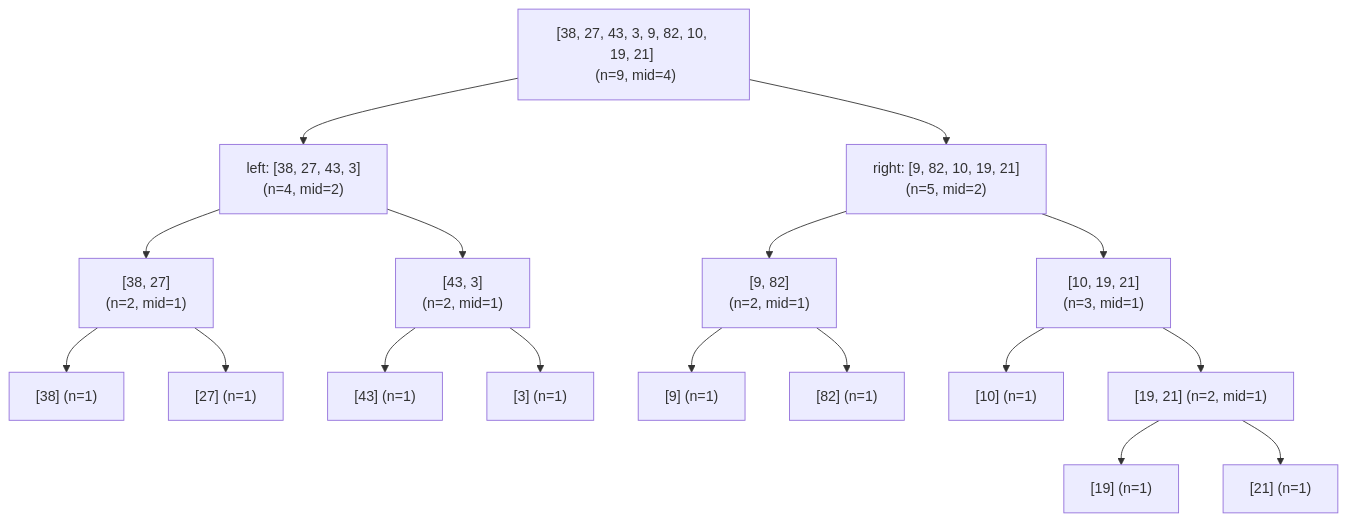
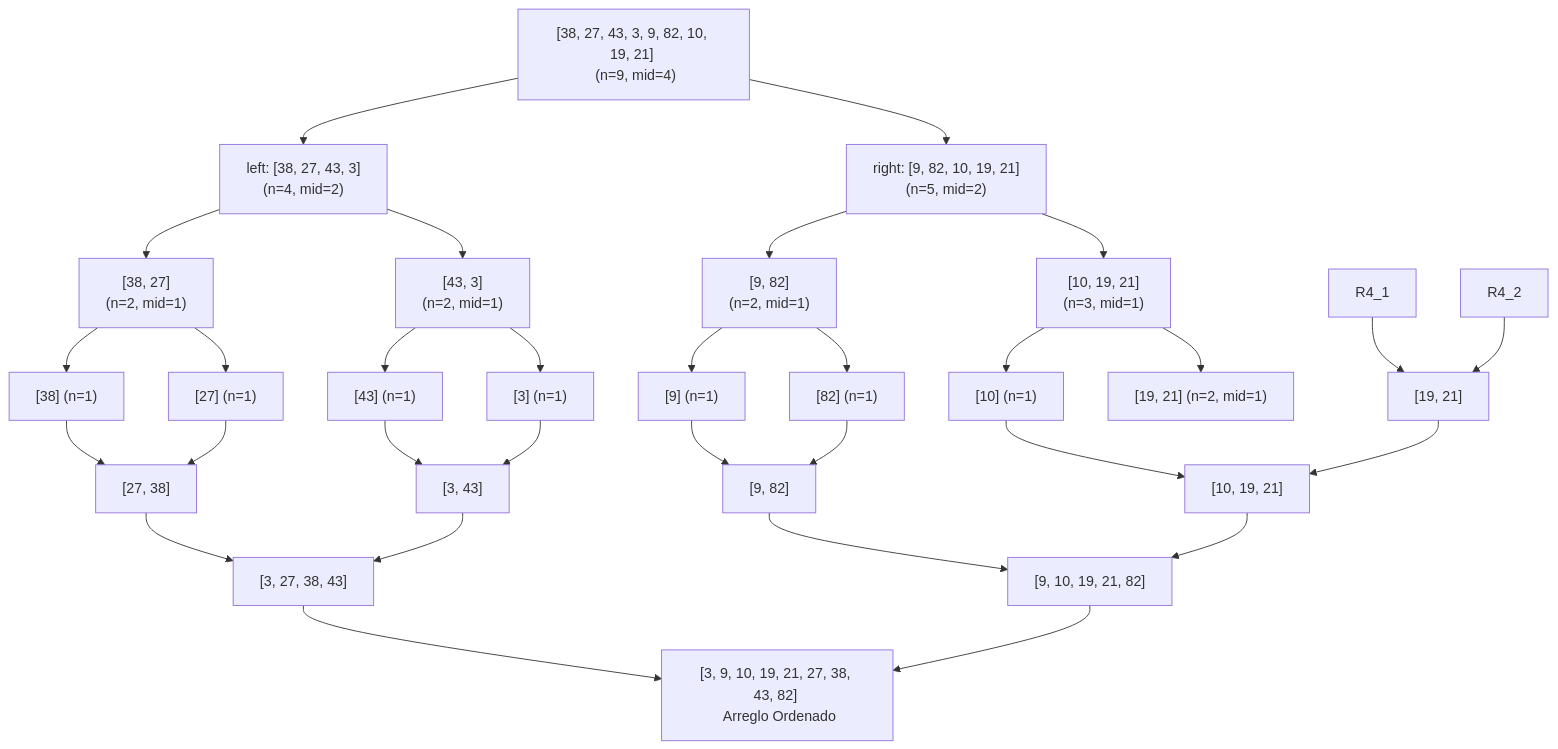
One commit to jcmexdev/hugo-portfolio changed the diagram in content/blog/merge-sort.md. Above: the diagram before and after it, drawn with Mermaid.

Commit message:
docs: add merge phase visualization steps to merge sort Mermaid diagram

````diff
--- a/content/blog/merge-sort.md
+++ b/content/blog/merge-sort.md
@@ -26,27 +26,50 @@
 ```mermaid
 graph TD
     %% Nivel 1
     Start["[38, 27, 43, 3, 9, 82, 10, 19, 21] <br/> (n=9, mid=4)"] --> L1["left: [38, 27, 43, 3] <br/> (n=4, mid=2)"]
     Start --> R1["right: [9, 82, 10, 19, 21] <br/> (n=5, mid=2)"]
     
     %% Nivel 2
     L1 --> L2_a["[38, 27] <br/> (n=2, mid=1)"]
     L1 --> L2_b["[43, 3] <br/> (n=2, mid=1)"]
     R1 --> R2_a["[9, 82] <br/> (n=2, mid=1)"]
     R1 --> R2_b["[10, 19, 21] <br/> (n=3, mid=1)"]
     
     %% Nivel 3 (Base Cases)
     L2_a --> L3_1["[38] (n=1)"]
     L2_a --> L3_2["[27] (n=1)"]
     L2_b --> L3_3["[43] (n=1)"]
     L2_b --> L3_4["[3] (n=1)"]
     R2_a --> R3_1["[9] (n=1)"]
     R2_a --> R3_2["[82] (n=1)"]
     R2_b --> R3_3["[10] (n=1)"]
     R2_b --> R3_4["[19, 21] (n=2, mid=1)"]
     
-    %% Nivel 4
-    R3_4 --> R4_1["[19] (n=1)"]
-    R3_4 --> R4_2["[21] (n=1)"]
+    %% --- FASE DE CONQUISTA (MERGE) ---
+    %% Merge Nivel 4 a 3
+    R4_1 --> M_R3_4["[19, 21]"]
+    R4_2 --> M_R3_4
+    
+    %% Merge Nivel 3 a 2
+    L3_1 --> M_L2_a["[27, 38]"]
+    L3_2 --> M_L2_a
+    L3_3 --> M_L2_b["[3, 43]"]
+    L3_4 --> M_L2_b
+    
+    R3_1 --> M_R2_a["[9, 82]"]
+    R3_2 --> M_R2_a
+    R3_3 --> M_R2_b["[10, 19, 21]"]
+    M_R3_4 --> M_R2_b
+    
+    %% Merge Nivel 2 a 1
+    M_L2_a --> M_L1["[3, 27, 38, 43]"]
+    M_L2_b --> M_L1
+    
+    M_R2_a --> M_R1["[9, 10, 19, 21, 82]"]
+    M_R2_b --> M_R1
+    
+    %% Final Merge
+    M_L1 --> Final["[3, 9, 10, 19, 21, 27, 38, 43, 82] <br/> Arreglo Ordenado"]
+    M_R1 --> Final
 
 ```
````
